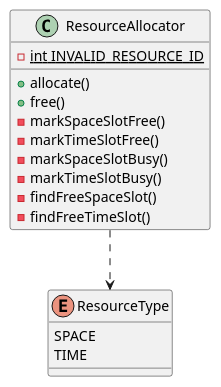
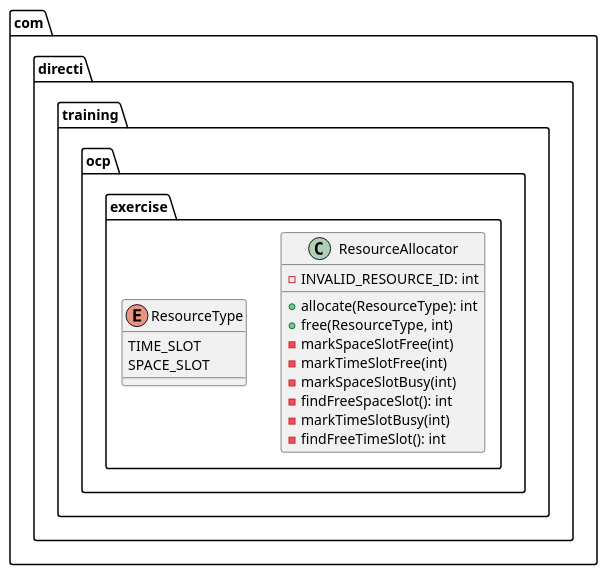
Before and after one commit to azizmass/SOLID: the diagram in OCP/src/com/directi/training/ocp/uml.puml, drawn with PlantUML. The commit also changed 36 other files, not shown here.

```diff
--- a/OCP/src/com/directi/training/ocp/uml.puml
+++ b/OCP/src/com/directi/training/ocp/uml.puml
@@ -1,22 +1,20 @@
 @startuml
+package com.directi.training.ocp.exercise {
+  class ResourceAllocator {
+    - INVALID_RESOURCE_ID: int
+    + allocate(ResourceType): int
+    + free(ResourceType, int)
+    - markSpaceSlotFree(int)
+    - markTimeSlotFree(int)
+    - markSpaceSlotBusy(int)
+    - findFreeSpaceSlot(): int
+    - markTimeSlotBusy(int)
+    - findFreeTimeSlot(): int
+  }
 
-class ResourceAllocator {
-  -{static} int INVALID_RESOURCE_ID
-  + allocate()
-  + free()
-  - markSpaceSlotFree()
-  - markTimeSlotFree()
-  - markSpaceSlotBusy()
-  - markTimeSlotBusy()
-  - findFreeSpaceSlot()
-  - findFreeTimeSlot()
+  enum ResourceType {
+    TIME_SLOT
+    SPACE_SLOT
+  }
 }
-
-enum ResourceType {
-  SPACE
-  TIME
-}
-
-ResourceAllocator ..> ResourceType
-
 @enduml
```
